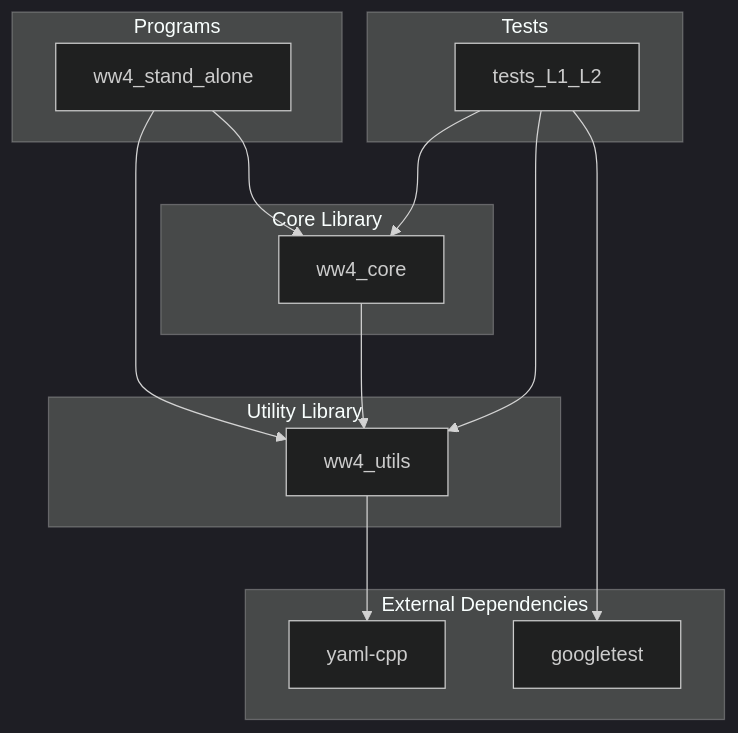
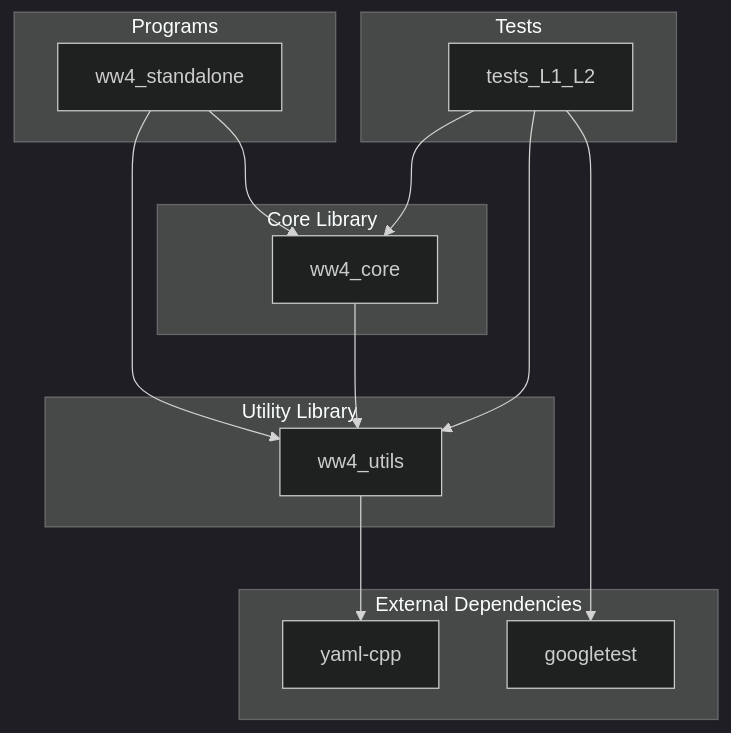
Before and after one commit to HendrikTolman-NOAA/WW4_HLT: the first of 2 diagrams in ARCHITECTURE.md, drawn with Mermaid (dark theme). The commit also changed other lines of this file and 24 other files, not shown here.

First line of the commit message:
Rename .yml to .yaml and stand_alone to standalone

````diff
--- a/ARCHITECTURE.md
+++ b/ARCHITECTURE.md
@@ -7,33 +7,33 @@
 ```mermaid
 graph TD
     subgraph "Programs"
-        SA[ww4_stand_alone]
+        SA[ww4_standalone]
     end
 
     subgraph "Core Library"
         CORE[ww4_core]
     end
 
     subgraph "Utility Library"
         UTILS[ww4_utils]
     end
 
     subgraph "Tests"
         L1L2[tests_L1_L2]
     end
 
     subgraph "External Dependencies"
         YAML[yaml-cpp]
         GTEST[googletest]
     end
 
     SA --> CORE
     SA --> UTILS
     CORE --> UTILS
 
     L1L2 --> CORE
     L1L2 --> UTILS
     L1L2 --> GTEST
 
     UTILS --> YAML
 ```
````
